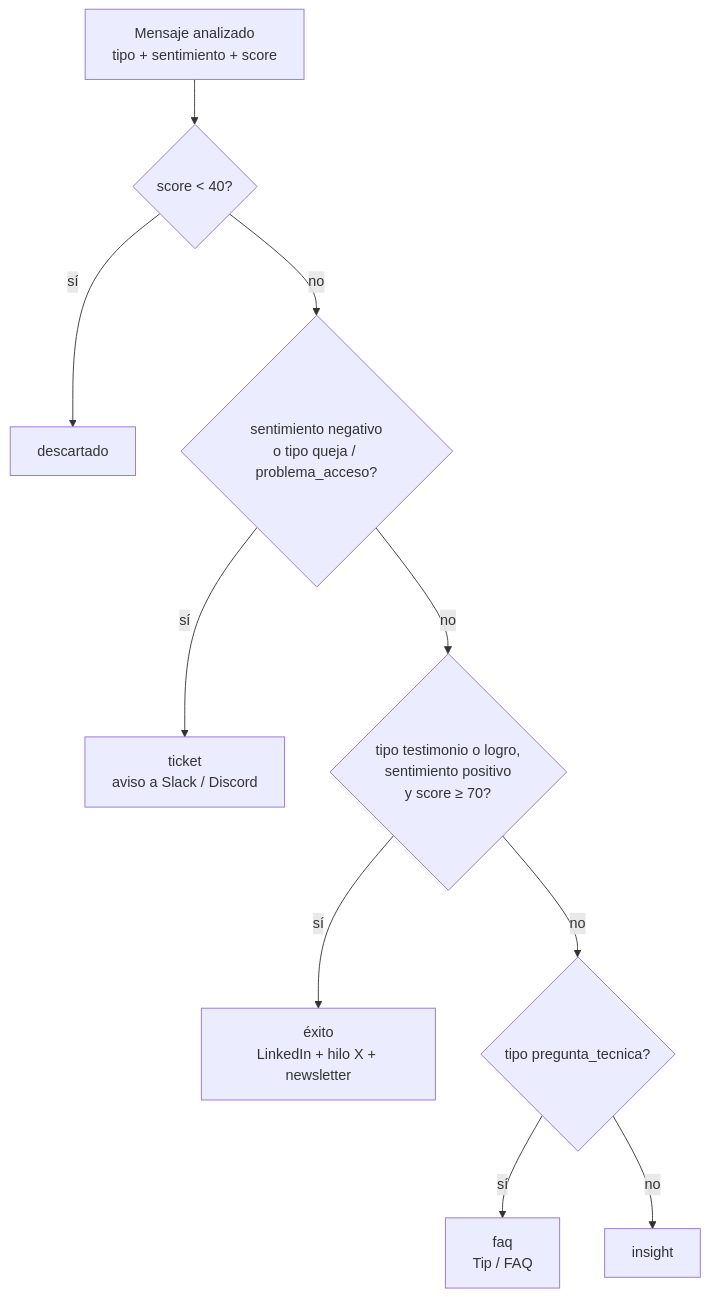
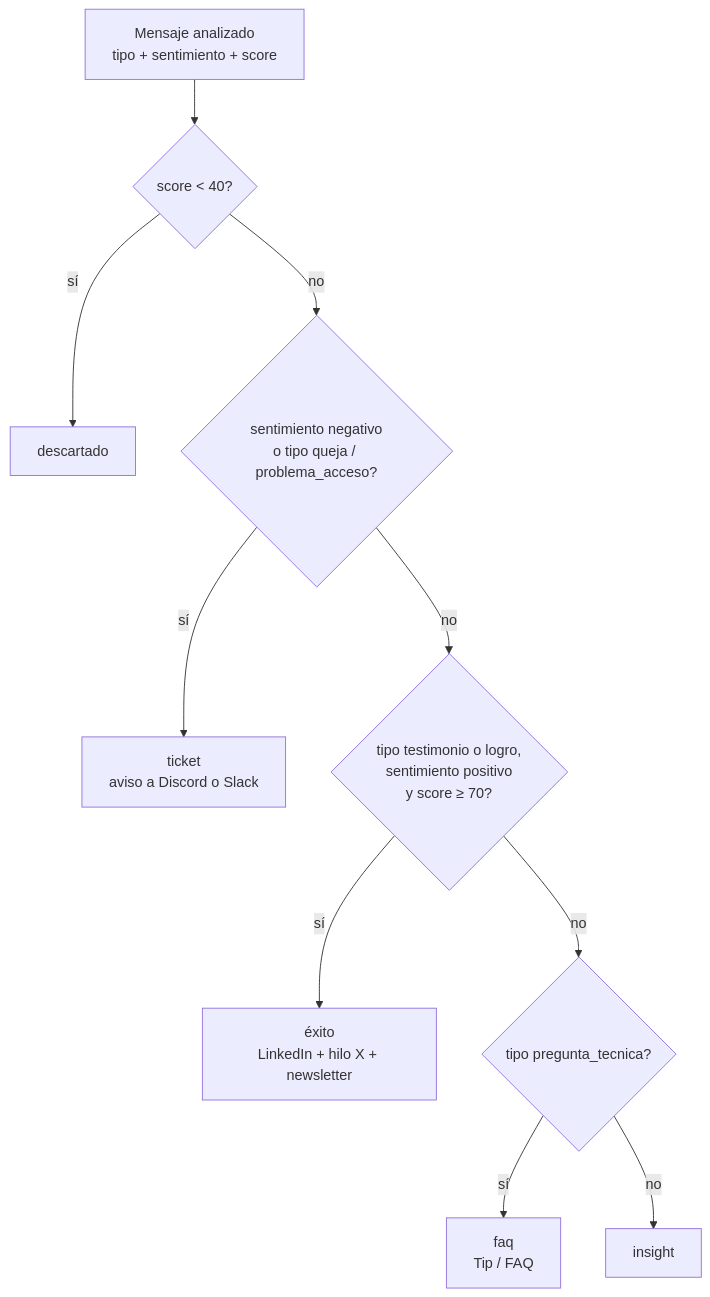
One commit to No-Country-simulation/G10-Latam-Equipo51-Power-CommunityLab changed the third of 3 diagrams in README.md. Above: the diagram before and after it, drawn with Mermaid. The commit also changed other lines of this file and 17 other files, not shown here.

````diff
--- a/README.md
+++ b/README.md
@@ -150,12 +348,12 @@
 ```mermaid
 flowchart TD
     A["Mensaje analizado<br/>tipo + sentimiento + score"] --> B{"score < 40?"}
     B -->|sí| D["descartado"]
     B -->|no| C{"sentimiento negativo<br/>o tipo queja / problema_acceso?"}
-    C -->|sí| T["ticket<br/>aviso a Slack / Discord"]
+    C -->|sí| T["ticket<br/>aviso a Discord o Slack"]
     C -->|no| E{"tipo testimonio o logro,<br/>sentimiento positivo<br/>y score ≥ 70?"}
     E -->|sí| X["éxito<br/>LinkedIn + hilo X + newsletter"]
     E -->|no| F{"tipo pregunta_tecnica?"}
     F -->|sí| Q["faq<br/>Tip / FAQ"]
     F -->|no| I["insight"]
 ```
````
